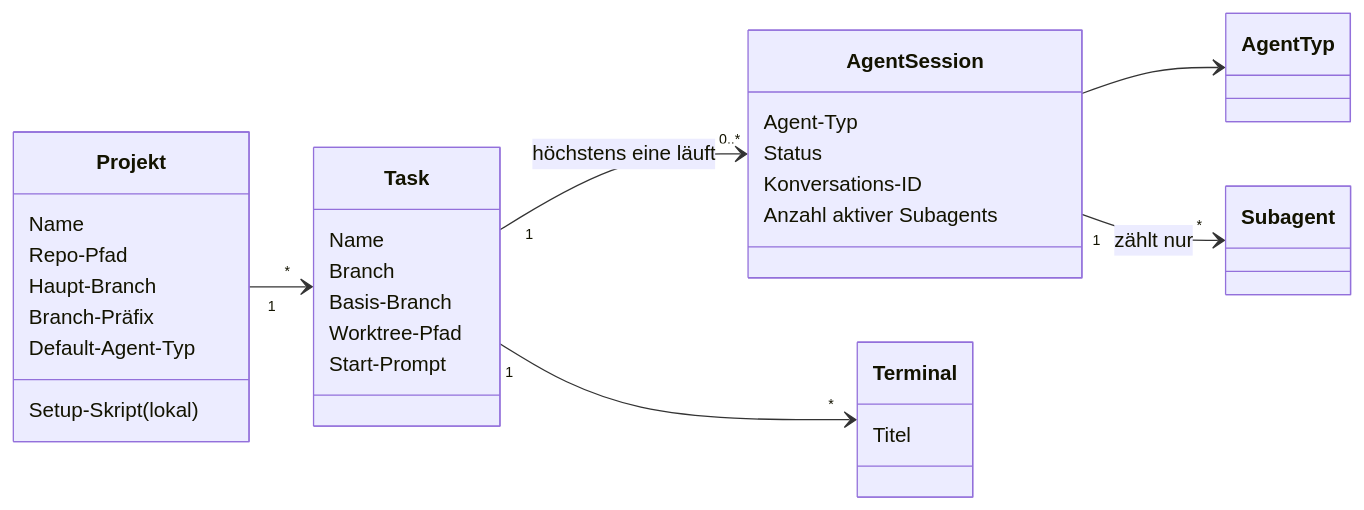
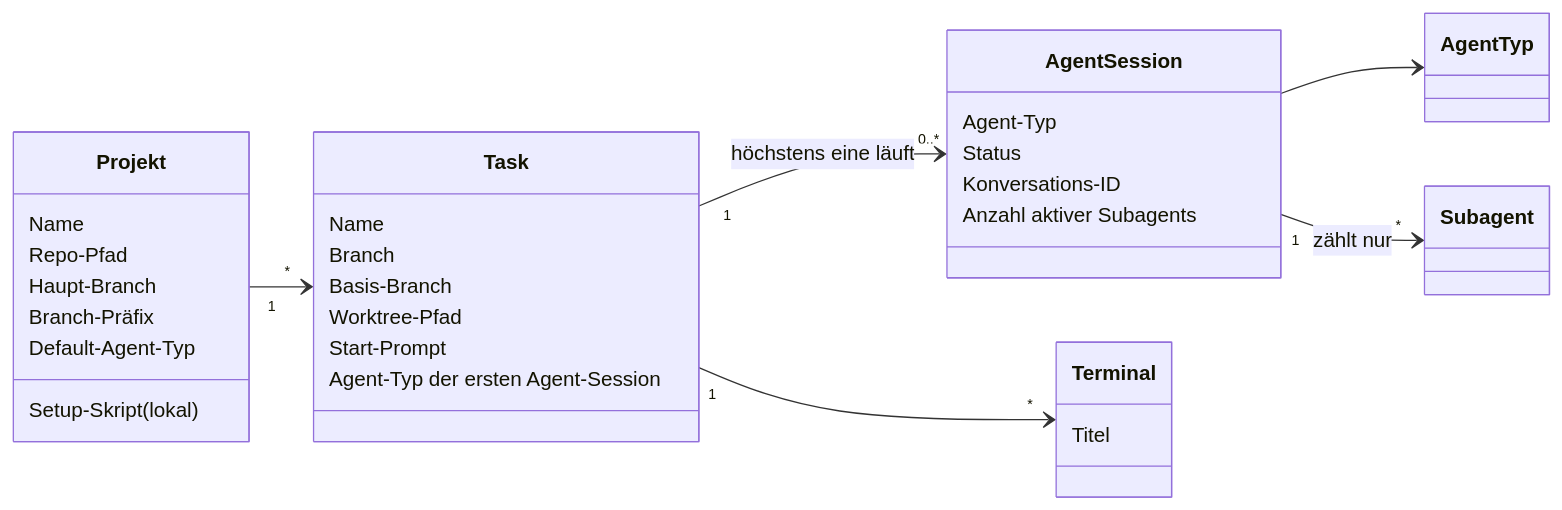
One commit to viper1979/argus changed the first of 3 diagrams in docs/konzept.md. Above: the diagram before and after it, drawn with Mermaid. The commit also changed other lines of this file and 30 other files, not shown here.

````diff
--- a/docs/konzept.md
+++ b/docs/konzept.md
@@ -31,34 +32,35 @@
 ```mermaid
 classDiagram
     direction LR
     Projekt "1" --> "*" Task
     Task "1" --> "0..*" AgentSession : höchstens eine läuft
     Task "1" --> "*" Terminal
     AgentSession --> AgentTyp
     AgentSession "1" --> "*" Subagent : zählt nur
 
     class Projekt {
       Name
       Repo-Pfad
       Haupt-Branch
       Branch-Präfix
       Default-Agent-Typ
       Setup-Skript (lokal)
     }
     class Task {
       Name
       Branch
       Basis-Branch
       Worktree-Pfad
       Start-Prompt
+      Agent-Typ der ersten Agent-Session
     }
     class AgentSession {
       Agent-Typ
       Status
       Konversations-ID
       Anzahl aktiver Subagents
     }
     class Terminal {
       Titel
     }
 ```
````
